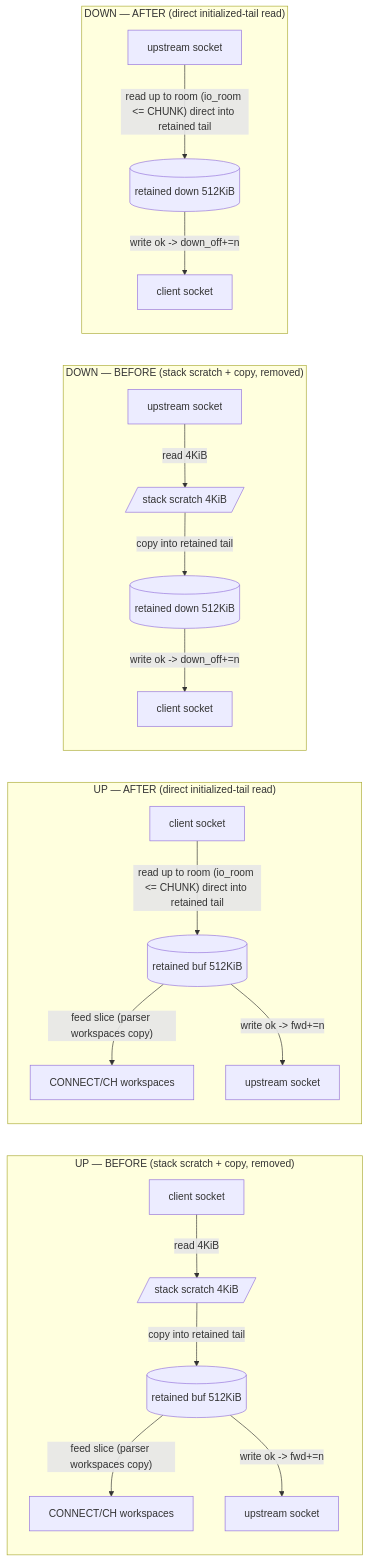
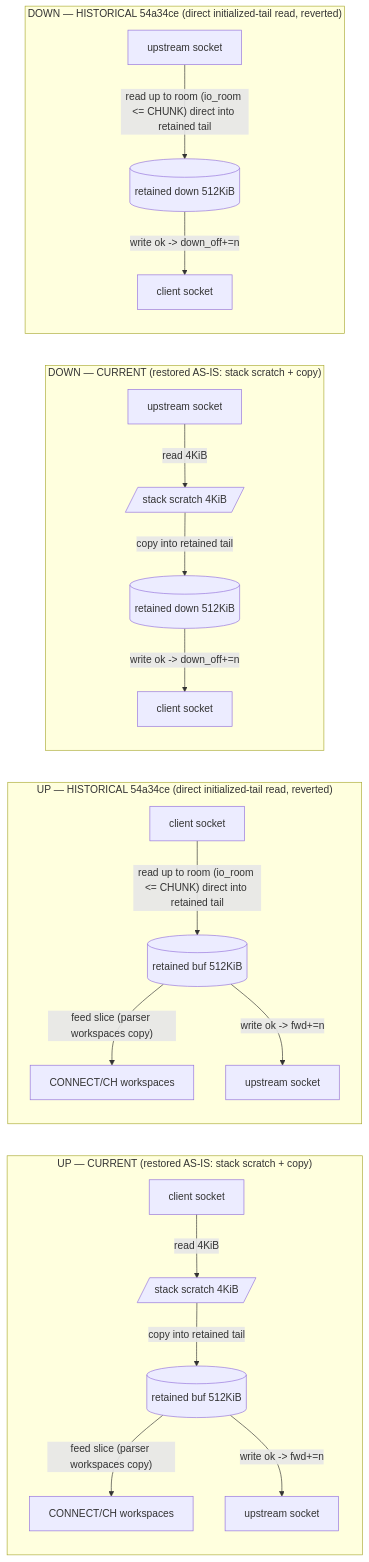
Before and after one commit to acje/alumina: the diagram in docs/reduced-copy-relay-plan.md, drawn with Mermaid. The commit also changed other lines of this file and 3 other files, not shown here.

First line of the commit message:
serving: revert direct initialized-tail reads to AS-IS scratch receive (cd9n.4)

````diff
--- a/docs/reduced-copy-relay-plan.md
+++ b/docs/reduced-copy-relay-plan.md
@@ -329,23 +344,23 @@
 ```mermaid
 flowchart LR
-    subgraph UpBefore["UP — BEFORE (stack scratch + copy, removed)"]
+    subgraph UpBefore["UP — CURRENT (restored AS-IS: stack scratch + copy)"]
         C1[client socket] -- "read 4KiB" --> S1[/stack scratch 4KiB/]
         S1 -- "copy into retained tail" --> B1[(retained buf 512KiB)]
         B1 -- "feed slice (parser workspaces copy)" --> P1[CONNECT/CH workspaces]
         B1 -- "write ok -> fwd+=n" --> U1[upstream socket]
     end
-    subgraph UpAfter["UP — AFTER (direct initialized-tail read)"]
+    subgraph UpAfter["UP — HISTORICAL 54a34ce (direct initialized-tail read, reverted)"]
         C2[client socket] -- "read up to room (io_room <= CHUNK) direct into retained tail" --> B2[(retained buf 512KiB)]
         B2 -- "feed slice (parser workspaces copy)" --> P2[CONNECT/CH workspaces]
         B2 -- "write ok -> fwd+=n" --> U2[upstream socket]
     end
-    subgraph DownBefore["DOWN — BEFORE (stack scratch + copy, removed)"]
+    subgraph DownBefore["DOWN — CURRENT (restored AS-IS: stack scratch + copy)"]
         U3[upstream socket] -- "read 4KiB" --> S3[/stack scratch 4KiB/]
         S3 -- "copy into retained tail" --> B3[(retained down 512KiB)]
         B3 -- "write ok -> down_off+=n" --> C3[client socket]
     end
-    subgraph DownAfter["DOWN — AFTER (direct initialized-tail read)"]
+    subgraph DownAfter["DOWN — HISTORICAL 54a34ce (direct initialized-tail read, reverted)"]
         U4[upstream socket] -- "read up to room (io_room <= CHUNK) direct into retained tail" --> B4[(retained down 512KiB)]
         B4 -- "write ok -> down_off+=n" --> C4[client socket]
     end
 ```
````
